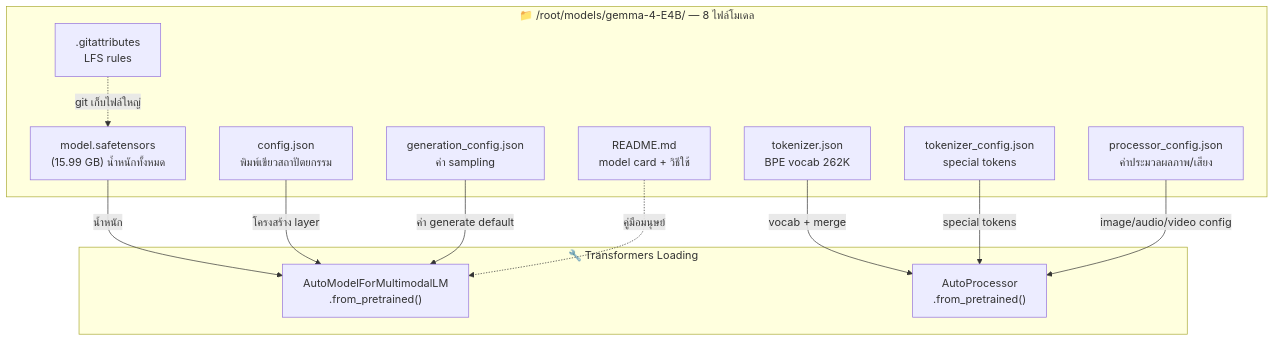
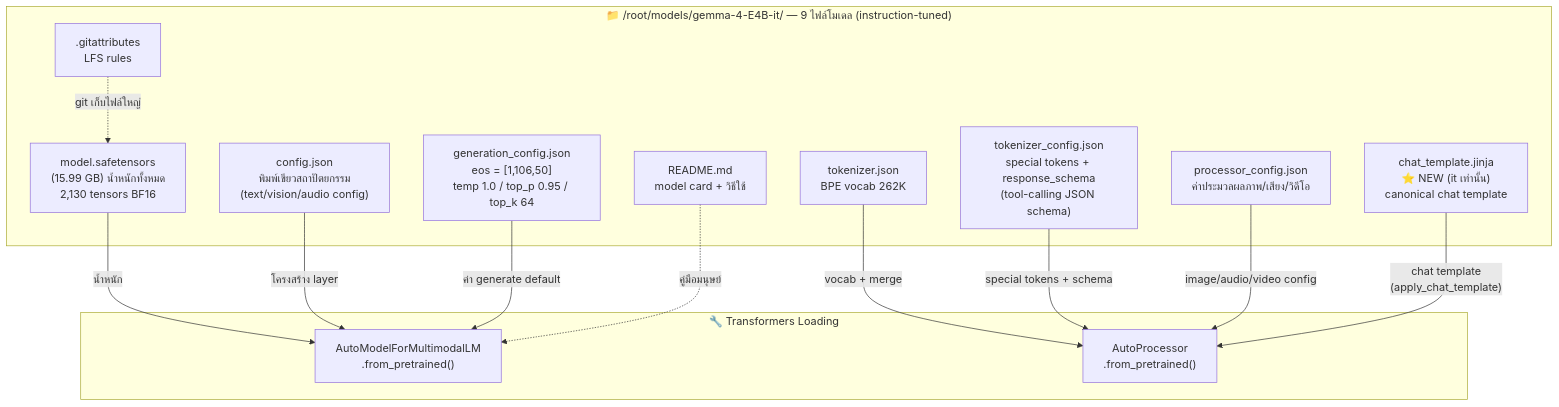
Before and after one commit to wersoul-source/ai-model-research: the diagram in docs/research/gemma-4-E4B/file-relationships.mmd, drawn with Mermaid. The commit also changed 3 other files, not shown here.

Commit message:
knowledge-synthesis v0.1: Update diagrams for Gemma 4 E4B-it (9 files + chat template + tool-calling)

```diff
--- a/docs/research/gemma-4-E4B/file-relationships.mmd
+++ b/docs/research/gemma-4-E4B/file-relationships.mmd
@@ -1,25 +1,27 @@
 flowchart TD
-    subgraph FILES["📁 /root/models/gemma-4-E4B/ — 8 ไฟล์โมเดล"]
-        A["model.safetensors<br/>(15.99 GB) น้ำหนักทั้งหมด"]
-        B["config.json<br/>พิมพ์เขียวสถาปัตยกรรม"]
-        C["generation_config.json<br/>ค่า sampling"]
-        D["processor_config.json<br/>ค่าประมวลผลภาพ/เสียง"]
+    subgraph FILES["📁 /root/models/gemma-4-E4B-it/ — 9 ไฟล์โมเดล (instruction-tuned)"]
+        A["model.safetensors<br/>(15.99 GB) น้ำหนักทั้งหมด<br/>2,130 tensors BF16"]
+        B["config.json<br/>พิมพ์เขียวสถาปัตยกรรม<br/>(text/vision/audio config)"]
+        C["generation_config.json<br/>eos = [1,106,50]<br/>temp 1.0 / top_p 0.95 / top_k 64"]
+        D["processor_config.json<br/>ค่าประมวลผลภาพ/เสียง/วิดีโอ"]
         E["tokenizer.json<br/>BPE vocab 262K"]
-        F["tokenizer_config.json<br/>special tokens"]
+        F["tokenizer_config.json<br/>special tokens + response_schema<br/>(tool-calling JSON schema)"]
         G["README.md<br/>model card + วิธีใช้"]
         H[".gitattributes<br/>LFS rules"]
+        I["chat_template.jinja<br/>⭐ NEW (it เท่านั้น)<br/>canonical chat template"]
     end
 
     subgraph LOAD["🔧 Transformers Loading"]
         L1["AutoModelForMultimodalLM<br/>.from_pretrained()"]
         L2["AutoProcessor<br/>.from_pretrained()"]
     end
 
     A -->|"น้ำหนัก"| L1
     B -->|"โครงสร้าง layer"| L1
     C -->|"ค่า generate default"| L1
     E -->|"vocab + merge"| L2
-    F -->|"special tokens"| L2
+    F -->|"special tokens + schema"| L2
     D -->|"image/audio/video config"| L2
+    I -->|"chat template<br/>(apply_chat_template)"| L2
     G -.->|"คู่มือมนุษย์"| L1
     H -.->|"git เก็บไฟล์ใหญ่"| A
```
